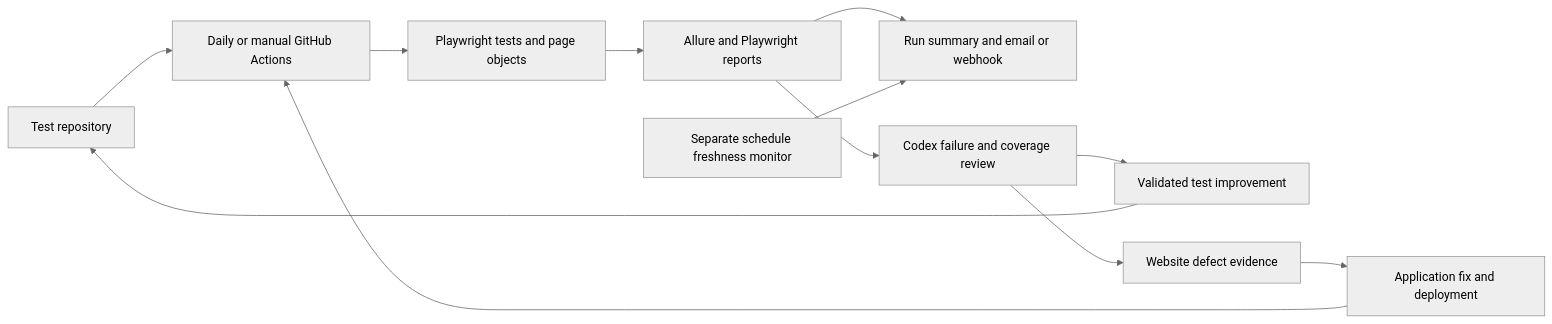
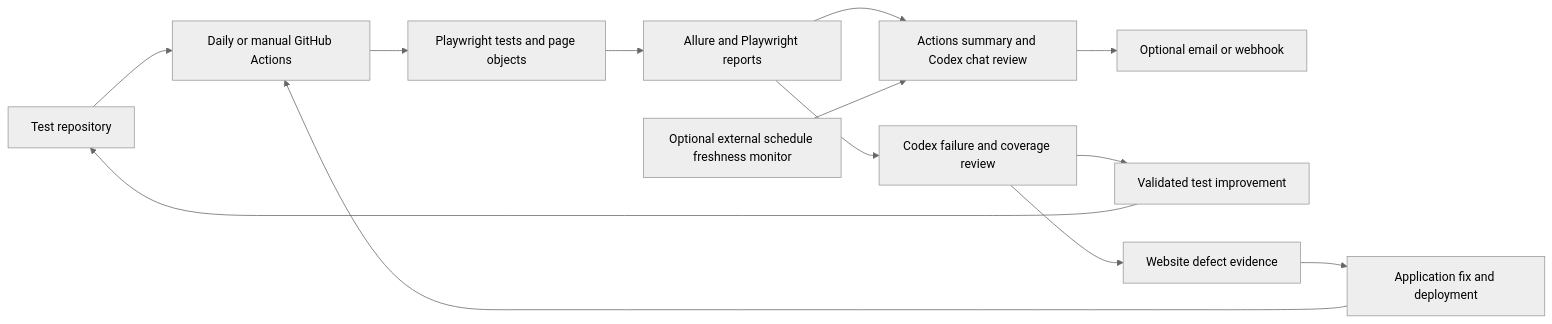
One commit to The-Whale-1/LaPoire-Website changed the diagram in docs/ECOSYSTEM.md. Above: the diagram before and after it, drawn with Mermaid (neutral theme). The commit also changed other lines of this file and 5 other files, not shown here.

````diff
--- a/docs/ECOSYSTEM.md
+++ b/docs/ECOSYSTEM.md
@@ -5,14 +5,15 @@
 ```mermaid
 flowchart LR
     A[Test repository] --> B[Daily or manual GitHub Actions]
     B --> C[Playwright tests and page objects]
     C --> D[Allure and Playwright reports]
-    D --> E[Run summary and email or webhook]
+    D --> E[Actions summary and Codex chat review]
+    E --> K[Optional email or webhook]
     D --> F[Codex failure and coverage review]
     F --> G[Validated test improvement]
     G --> A
     F --> H[Website defect evidence]
     H --> I[Application fix and deployment]
     I --> B
-    J[Separate schedule freshness monitor] --> E
+    J[Optional external schedule freshness monitor] --> E
 ```
````
